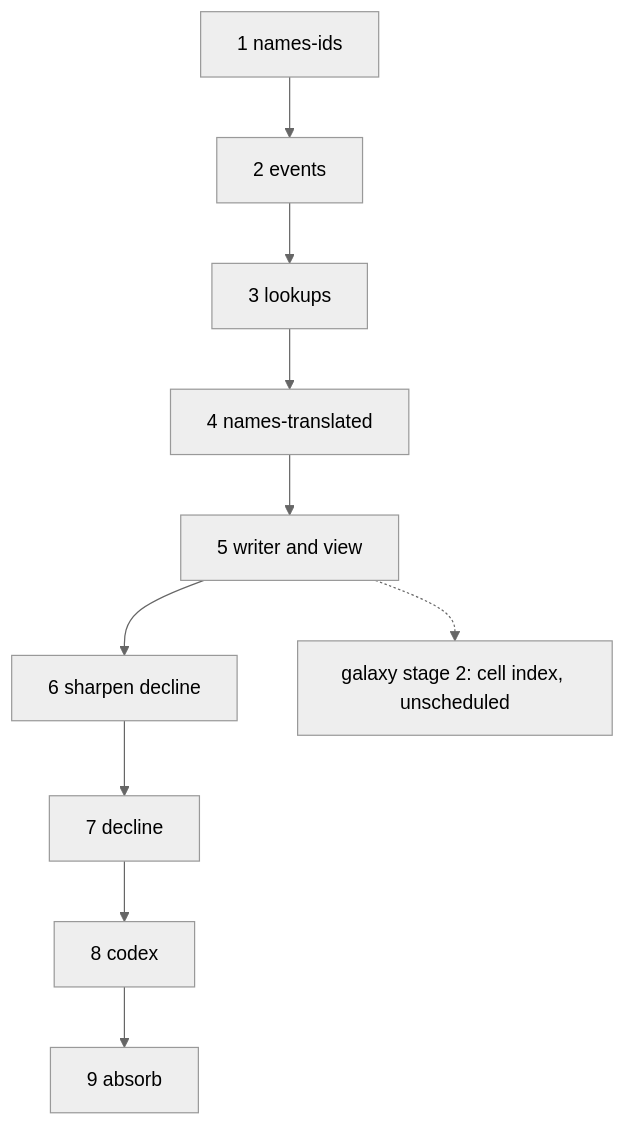
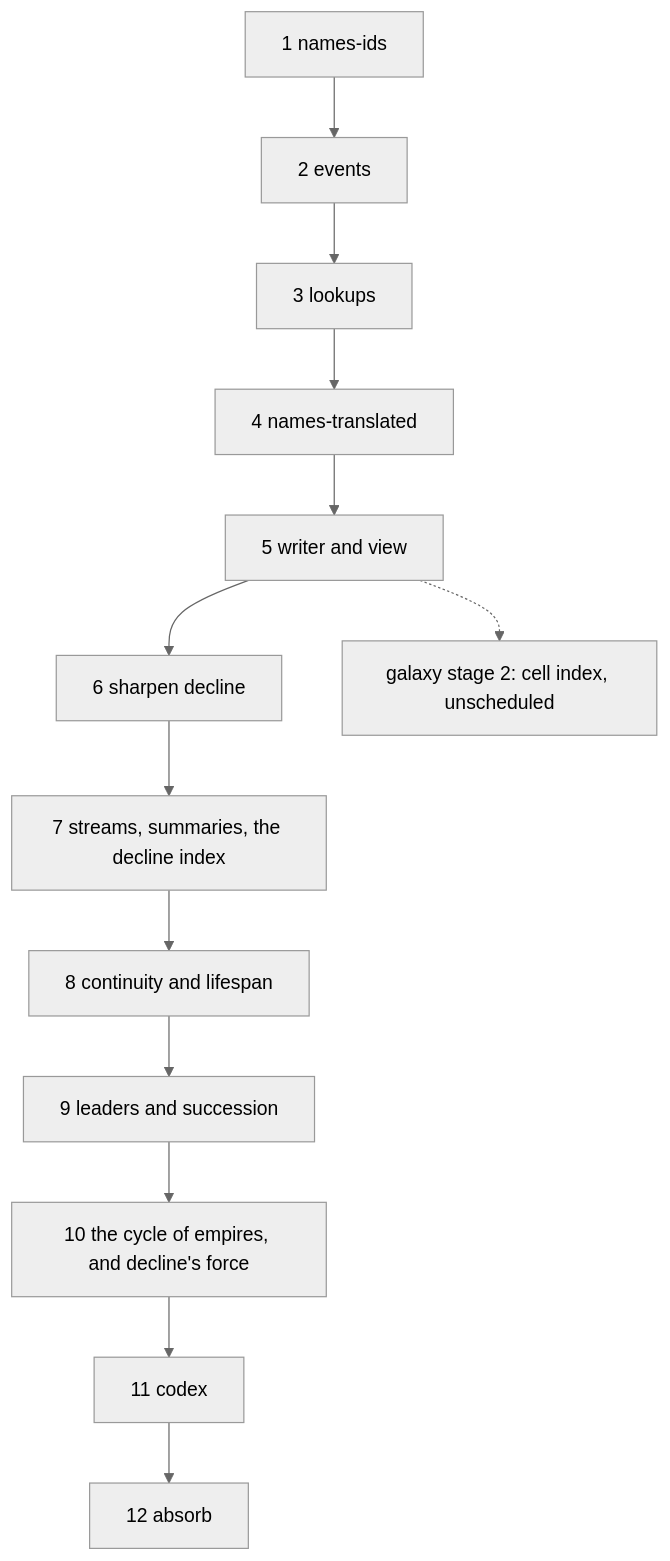
The diagram in specs/plan.md (aulme/older-than-their-sun), drawn with Mermaid (neutral theme) before and after one commit. The commit also changed other lines of this file and 4 other files, not shown here.

First line of the commit message:
Replan: three proposals for the arc of the age, and decline's force moved into one

````diff
--- a/specs/plan.md
+++ b/specs/plan.md
@@ -10,12 +10,15 @@
 ```mermaid
 flowchart TD
   N1[1 names-ids] --> S1[2 events]
   S1 --> S2[3 lookups]
   S2 --> N2[4 names-translated]
   N2 --> S3[5 writer and view]
   S3 --> D0[6 sharpen decline]
-  D0 --> D1[7 decline]
-  D1 --> S4[8 codex]
-  S4 --> A[9 absorb]
+  D0 --> D1[7 streams, summaries, the decline index]
+  D1 --> C[8 continuity and lifespan]
+  C --> L[9 leaders and succession]
+  L --> E[10 the cycle of empires, and decline's force]
+  E --> S4[11 codex]
+  S4 --> A[12 absorb]
   S3 -.-> G2[galaxy stage 2: cell index, unscheduled]
 ```
````
